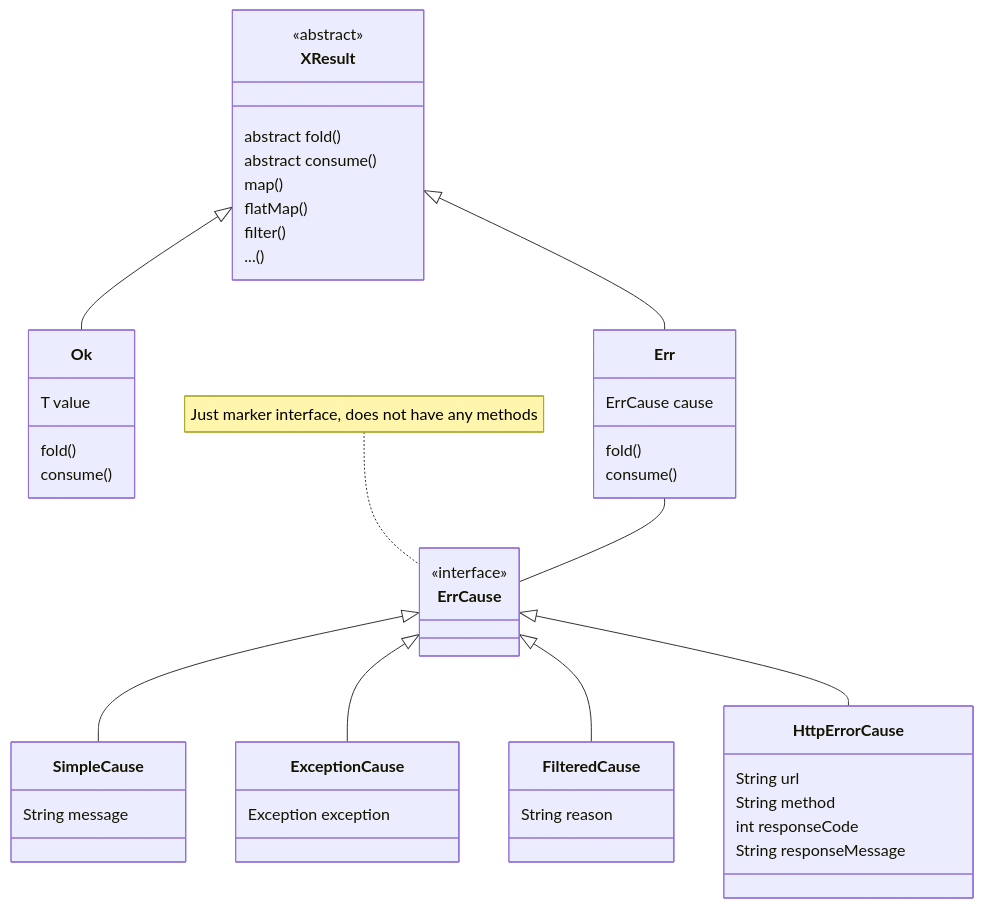
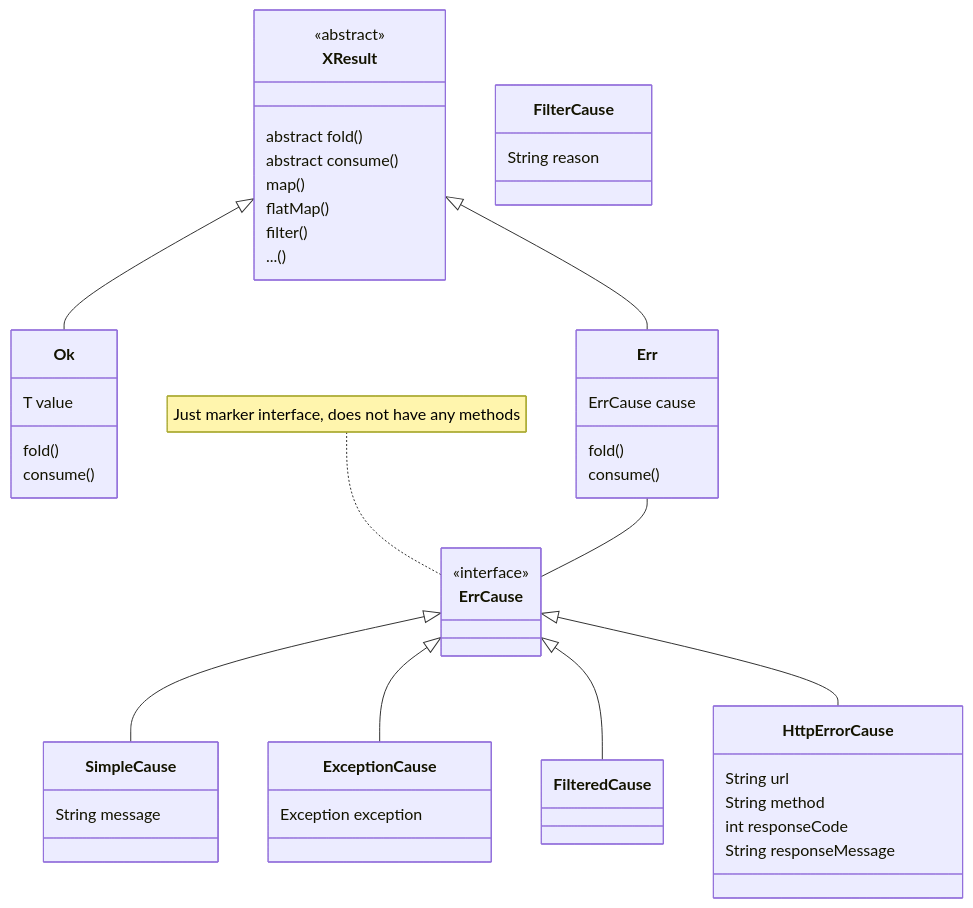
One commit to skopylov58/java-extended-result-monad changed the diagram in README.md. Above: the diagram before and after it, drawn with Mermaid. The commit also changed other lines of this file, not shown here.

````diff
--- a/README.md
+++ b/README.md
@@ -81,59 +85,59 @@
 ```mermaid
 classDiagram
     XResult <|-- Ok
     XResult <|-- Err
     Err -- ErrCause
     
     ErrCause <|-- SimpleCause
     ErrCause <|-- ExceptionCause
     ErrCause <|-- FilteredCause
     ErrCause <|-- HttpErrorCause
 
     note for ErrCause "Just marker interface, does not have any methods"
 
     class XResult~T~ {
         <<abstract>>
         abstract fold()
         abstract consume()
         map()
         flatMap()
         filter()
         ...()
 
     }
     
     class Ok ~T~ {
       T value
       fold()
       consume()
     }
     
     class Err{
       ErrCause cause
       fold()
       consume()
     }
 
     class ErrCause{
         <<interface>>
     }
 
     class SimpleCause{
         String message
     }
 
     class ExceptionCause {
         Exception exception
     }
 
-    class FilteredCause {
+    class FilterCause {
         String reason
     }
 
     class HttpErrorCause {
         String url
         String method
         int responseCode
         String responseMessage
     }
 ```
````
